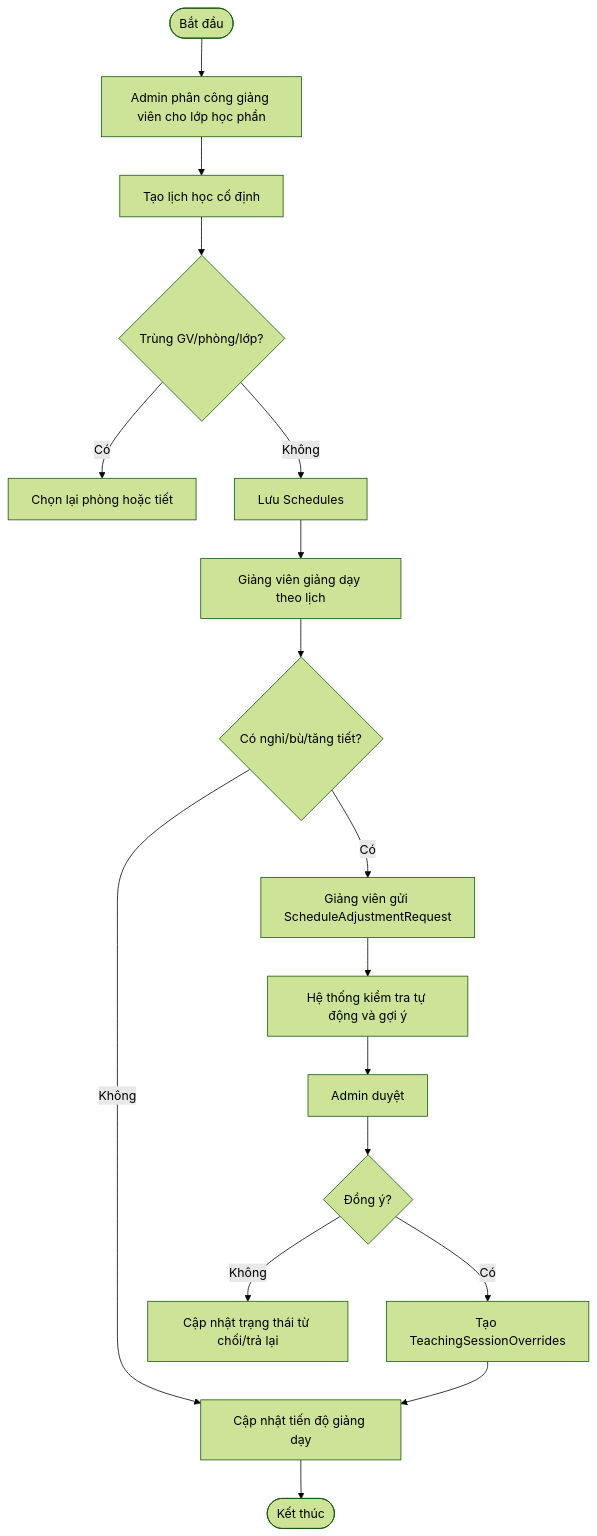
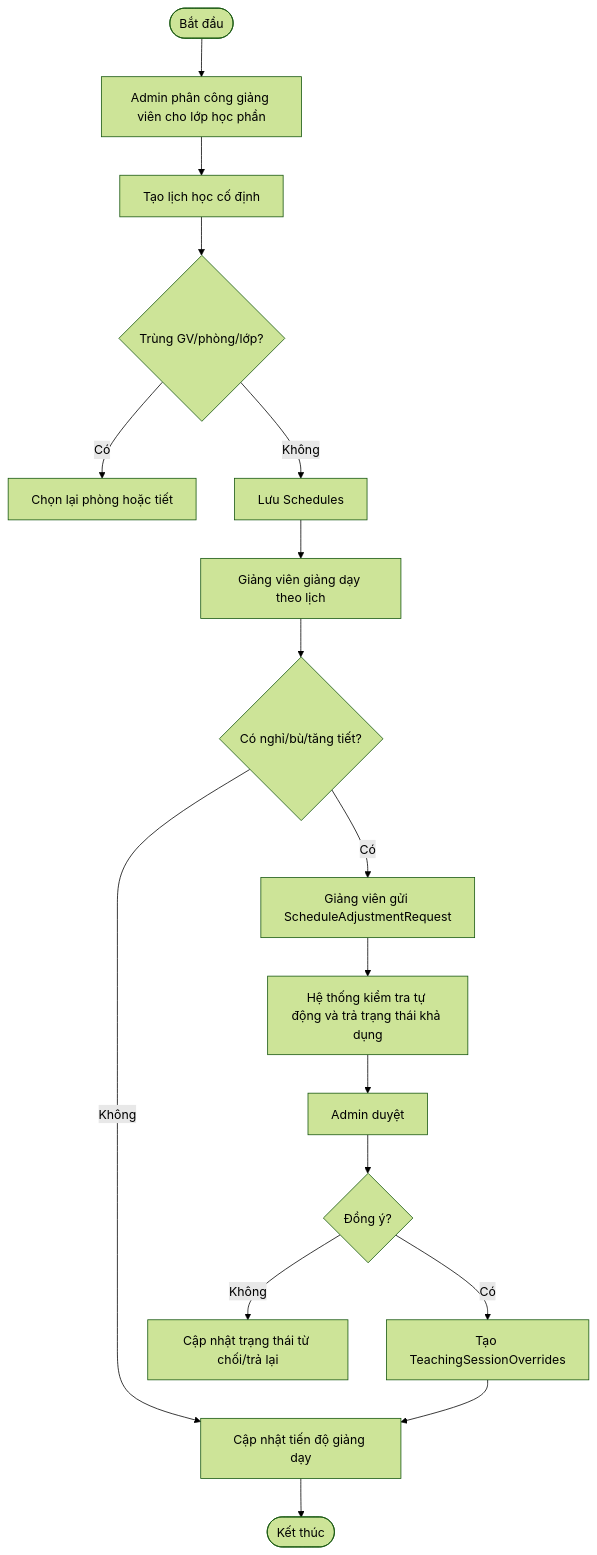
Diagram 27 of 30 in backend/docs/20260529_chapter2_system_analysis_design.md (NguyenThoNgocIT/ems_educations), drawn with Mermaid (forest theme) before and after one commit. The commit also changed other lines of this file and 14 other files, not shown here.

````diff
--- a/backend/docs/20260529_chapter2_system_analysis_design.md
+++ b/backend/docs/20260529_chapter2_system_analysis_design.md
@@ -1631,19 +1631,19 @@
 ```mermaid
 flowchart TD
     Start([Bắt đầu]) --> Assign["Admin phân công giảng viên cho lớp học phần"]
     Assign --> Schedule["Tạo lịch học cố định"]
     Schedule --> Check{"Trùng GV/phòng/lớp?"}
     Check -- Có --> Error["Chọn lại phòng hoặc tiết"]
     Check -- Không --> Save["Lưu Schedules"]
     Save --> Teach["Giảng viên giảng dạy theo lịch"]
     Teach --> Request{"Có nghỉ/bù/tăng tiết?"}
     Request -- Không --> Progress["Cập nhật tiến độ giảng dạy"]
     Request -- Có --> Submit["Giảng viên gửi ScheduleAdjustmentRequest"]
-    Submit --> AutoCheck["Hệ thống kiểm tra tự động và gợi ý"]
+    Submit --> AutoCheck["Hệ thống kiểm tra tự động và trả trạng thái khả dụng"]
     AutoCheck --> Review["Admin duyệt"]
     Review --> Approved{"Đồng ý?"}
     Approved -- Không --> Reject["Cập nhật trạng thái từ chối/trả lại"]
     Approved -- Có --> Override["Tạo TeachingSessionOverrides"]
     Override --> Progress
     Progress --> End([Kết thúc])
 ```
````
